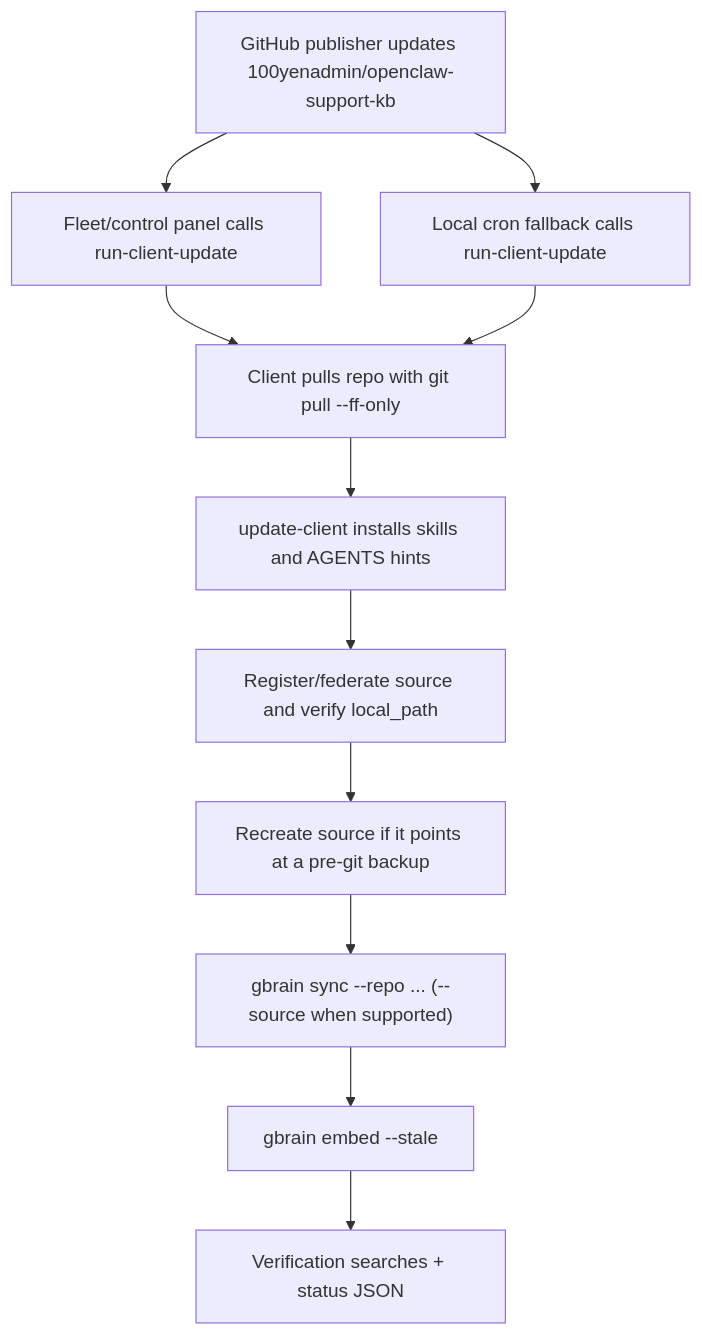
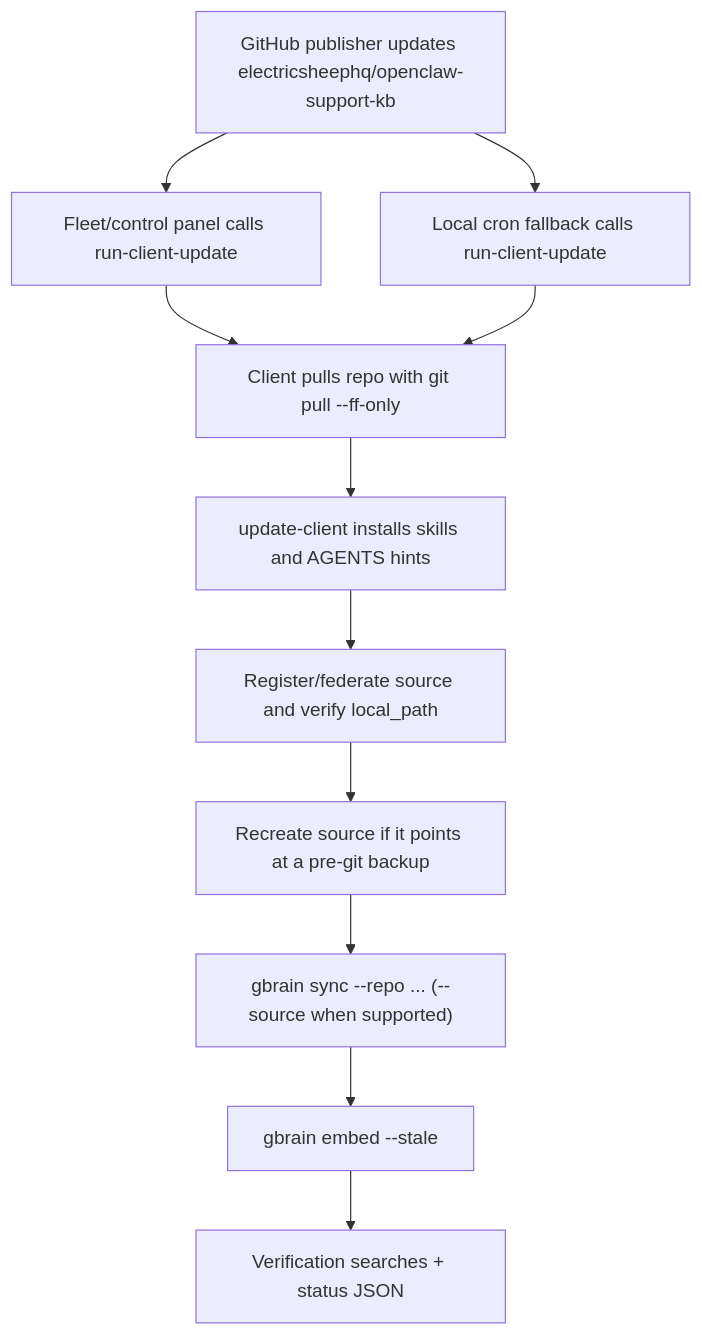
One commit to 100yenadmin/openclaw-support-kb changed the diagram in README.md. Above: the diagram before and after it, drawn with Mermaid. The commit also changed other lines of this file and 12 other files, not shown here.

````diff
--- a/README.md
+++ b/README.md
@@ -179,13 +179,13 @@
 ```mermaid
 flowchart TD
-  A["GitHub publisher updates 100yenadmin/openclaw-support-kb"] --> B["Fleet/control panel calls run-client-update"]
+  A["GitHub publisher updates electricsheephq/openclaw-support-kb"] --> B["Fleet/control panel calls run-client-update"]
   A --> C["Local cron fallback calls run-client-update"]
   B --> D["Client pulls repo with git pull --ff-only"]
   C --> D
   D --> E["update-client installs skills and AGENTS hints"]
   E --> F["Register/federate source and verify local_path"]
   F --> G["Recreate source if it points at a pre-git backup"]
   G --> H["gbrain sync --repo ... (--source when supported)"]
   H --> I["gbrain embed --stale"]
   I --> J["Verification searches + status JSON"]
 ```
````
